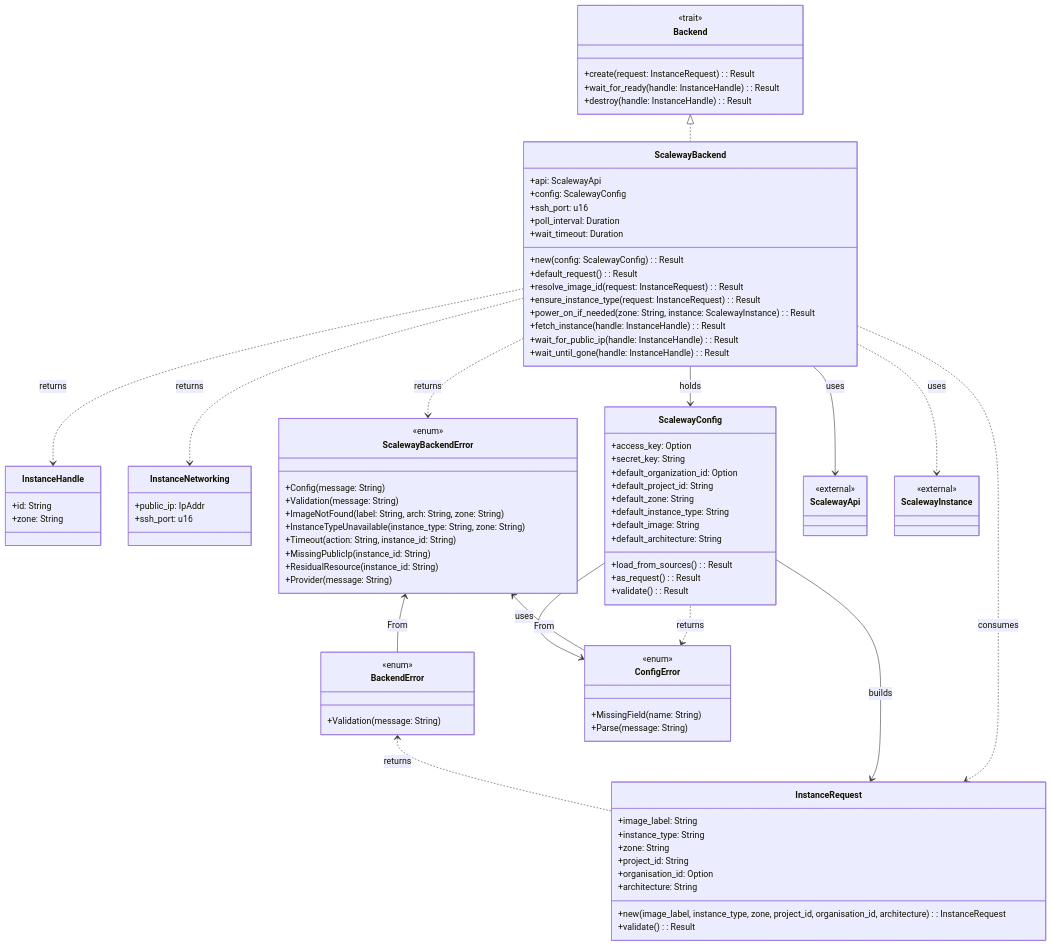
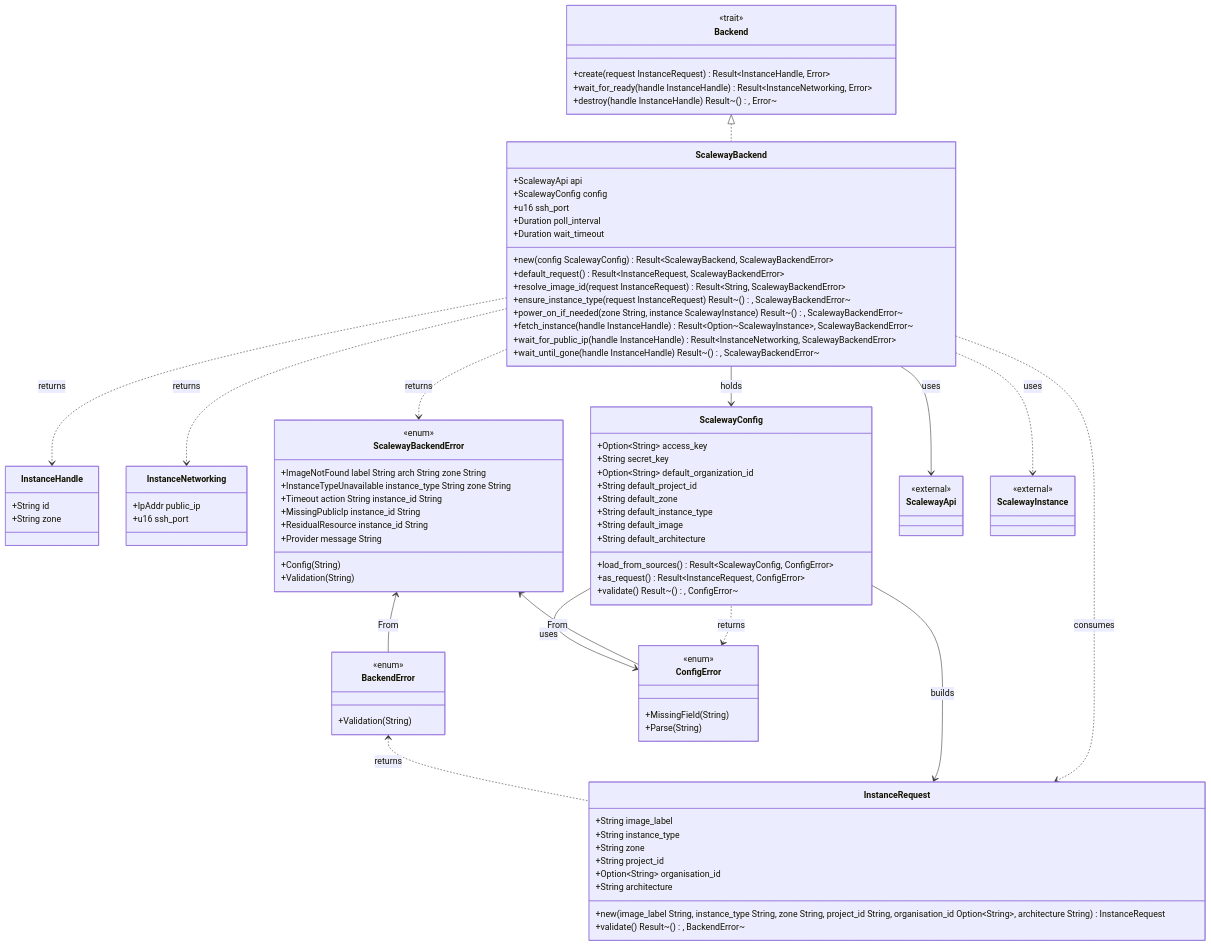
The diagram in docs/mriya-technical-design.md (leynos/mriya), drawn with Mermaid before and after one commit. The commit also changed 9 other files, not shown here.

First line of the commit message:
feat(scaleway): add power-on logic using InstanceSnapshot and error handling

```diff
--- a/docs/mriya-technical-design.md
+++ b/docs/mriya-technical-design.md
@@ -181,83 +181,83 @@
 classDiagram
     class Backend {
         <<trait>>
-        +create(request: InstanceRequest): Result
-        +wait_for_ready(handle: InstanceHandle): Result
-        +destroy(handle: InstanceHandle): Result
+        +create(request InstanceRequest) Result~InstanceHandle, Error~
+        +wait_for_ready(handle InstanceHandle) Result~InstanceNetworking, Error~
+        +destroy(handle InstanceHandle) Result~(), Error~
     }
 
     class InstanceRequest {
-        +image_label: String
-        +instance_type: String
-        +zone: String
-        +project_id: String
-        +organisation_id: Option<String>
-        +architecture: String
-        +new(image_label, instance_type, zone, project_id, organisation_id, architecture): InstanceRequest
-        +validate(): Result
+        +String image_label
+        +String instance_type
+        +String zone
+        +String project_id
+        +Option~String~ organisation_id
+        +String architecture
+        +new(image_label String, instance_type String, zone String, project_id String, organisation_id Option~String~, architecture String) InstanceRequest
+        +validate() Result~(), BackendError~
     }
 
     class InstanceHandle {
-        +id: String
-        +zone: String
+        +String id
+        +String zone
     }
 
     class InstanceNetworking {
-        +public_ip: IpAddr
-        +ssh_port: u16
+        +IpAddr public_ip
+        +u16 ssh_port
     }
 
     class BackendError {
         <<enum>>
-        +Validation(message: String)
+        +Validation(String)
     }
 
     class ScalewayConfig {
-        +access_key: Option<String>
-        +secret_key: String
-        +default_organization_id: Option<String>
-        +default_project_id: String
-        +default_zone: String
-        +default_instance_type: String
-        +default_image: String
-        +default_architecture: String
-        +load_from_sources(): Result
-        +as_request(): Result
-        +validate(): Result
+        +Option~String~ access_key
+        +String secret_key
+        +Option~String~ default_organization_id
+        +String default_project_id
+        +String default_zone
+        +String default_instance_type
+        +String default_image
+        +String default_architecture
+        +load_from_sources() Result~ScalewayConfig, ConfigError~
+        +as_request() Result~InstanceRequest, ConfigError~
+        +validate() Result~(), ConfigError~
     }
 
     class ConfigError {
         <<enum>>
-        +MissingField(name: String)
-        +Parse(message: String)
+        +MissingField(String)
+        +Parse(String)
     }
 
     class ScalewayBackend {
-        +api: ScalewayApi
-        +config: ScalewayConfig
-        +ssh_port: u16
-        +poll_interval: Duration
-        +wait_timeout: Duration
-        +new(config: ScalewayConfig): Result
-        +default_request(): Result
-        +resolve_image_id(request: InstanceRequest): Result
-        +ensure_instance_type(request: InstanceRequest): Result
-        +power_on_if_needed(zone: String, instance: ScalewayInstance): Result
-        +fetch_instance(handle: InstanceHandle): Result
-        +wait_for_public_ip(handle: InstanceHandle): Result
-        +wait_until_gone(handle: InstanceHandle): Result
+        +ScalewayApi api
+        +ScalewayConfig config
+        +u16 ssh_port
+        +Duration poll_interval
+        +Duration wait_timeout
+        +new(config ScalewayConfig) Result~ScalewayBackend, ScalewayBackendError~
+        +default_request() Result~InstanceRequest, ScalewayBackendError~
+        +resolve_image_id(request InstanceRequest) Result~String, ScalewayBackendError~
+        +ensure_instance_type(request InstanceRequest) Result~(), ScalewayBackendError~
+        +power_on_if_needed(zone String, instance ScalewayInstance) Result~(), ScalewayBackendError~
+        +fetch_instance(handle InstanceHandle) Result~Option~ScalewayInstance~, ScalewayBackendError~
+        +wait_for_public_ip(handle InstanceHandle) Result~InstanceNetworking, ScalewayBackendError~
+        +wait_until_gone(handle InstanceHandle) Result~(), ScalewayBackendError~
     }
 
     class ScalewayBackendError {
         <<enum>>
-        +Config(message: String)
-        +Validation(message: String)
-        +ImageNotFound(label: String, arch: String, zone: String)
-        +InstanceTypeUnavailable(instance_type: String, zone: String)
-        +Timeout(action: String, instance_id: String)
-        +MissingPublicIp(instance_id: String)
-        +ResidualResource(instance_id: String)
-        +Provider(message: String)
+        +Config(String)
+        +Validation(String)
+        +ImageNotFound label String arch String zone String
+        +InstanceTypeUnavailable instance_type String zone String
+        +Timeout action String instance_id String
+        +MissingPublicIp instance_id String
+        +ResidualResource instance_id String
+        +Provider message String
     }
 
     class ScalewayApi {
```
